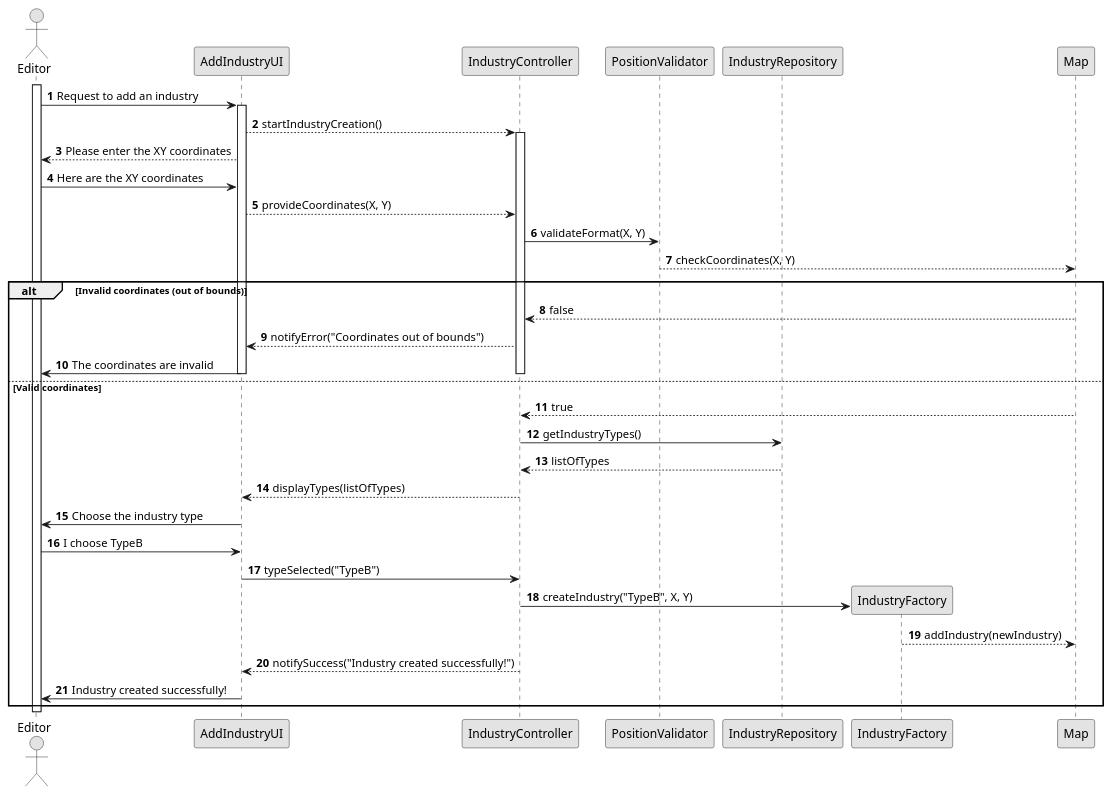
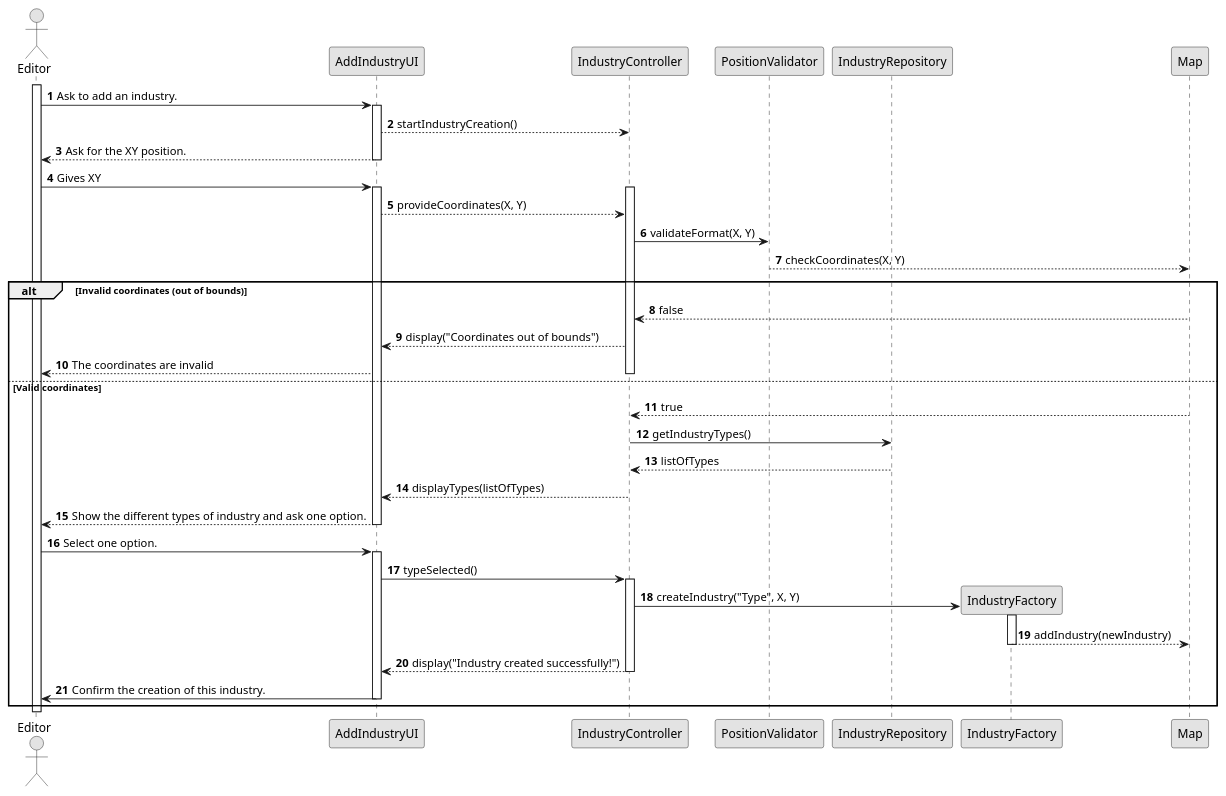
The diagram in docs/system-documentation/US002/03.design/puml/US002-SD-full.puml (1240826/empire-on-tracks), drawn with PlantUML before and after one commit.

```diff
--- a/docs/system-documentation/US002/03.design/puml/US002-SD-full.puml
+++ b/docs/system-documentation/US002/03.design/puml/US002-SD-full.puml
@@ -1,60 +1,76 @@
 @startuml
 skinparam monochrome true
 skinparam packageStyle rectangle
 skinparam shadowing false
 
 autonumber
 
 actor "Editor" as Editor
 participant "AddIndustryUI" as UI
 participant "IndustryController" as Controller
 participant "PositionValidator" as Validator
 participant "IndustryRepository" as Repository
 participant "IndustryFactory" as Factory
 participant "Map" as Map
 
 activate Editor
 
-Editor -> UI : Request to add an industry
+Editor -> UI : Ask to add an industry.
 activate UI
 UI --> Controller : startIndustryCreation()
+UI --> Editor : Ask for the XY position.
+deactivate UI
+
+
+
+Editor -> UI : Gives XY
+activate UI
 activate Controller
+UI --> Controller : provideCoordinates(X, Y)
 
-UI --> Editor : Please enter the XY coordinates
-Editor -> UI : Here are the XY coordinates
-UI --> Controller : provideCoordinates(X, Y)
 
 Controller -> Validator : validateFormat(X, Y)
 
 
 Validator --> Map : checkCoordinates(X, Y)
 alt Invalid coordinates (out of bounds)
     Map --> Controller : false
-    Controller --> UI : notifyError("Coordinates out of bounds")
-    UI -> Editor : The coordinates are invalid
+    Controller --> UI : display("Coordinates out of bounds")
+    UI --> Editor : The coordinates are invalid
     deactivate Controller
-    deactivate UI
+
+
 else Valid coordinates
     Map --> Controller : true
 
     Controller -> Repository : getIndustryTypes()
     Repository --> Controller : listOfTypes
 
     Controller --> UI : displayTypes(listOfTypes)
-    UI -> Editor : Choose the industry type
-    Editor -> UI : I choose TypeB
-    UI -> Controller : typeSelected("TypeB")
+    UI --> Editor : Show the different types of industry and ask one option.
+deactivate UI
+    Editor -> UI : Select one option.
+activate UI
+    UI -> Controller : typeSelected()
 
-    Controller -> Factory** : createIndustry("TypeB", X, Y)
+    activate Controller
+
+    Controller -> Factory** : createIndustry("Type", X, Y)
+
+    activate Factory
 
 
     Factory --> Map : addIndustry(newIndustry)
 
-    Controller --> UI : notifySuccess("Industry created successfully!")
-    UI -> Editor : Industry created successfully!
+    deactivate Factory
+
+    Controller --> UI : display("Industry created successfully!")
+    deactivate Controller
+    UI -> Editor : Confirm the creation of this industry.
+    deactivate UI
 end
 
-deactivate Controller
+
 deactivate UI
 deactivate Editor
 @enduml
```
